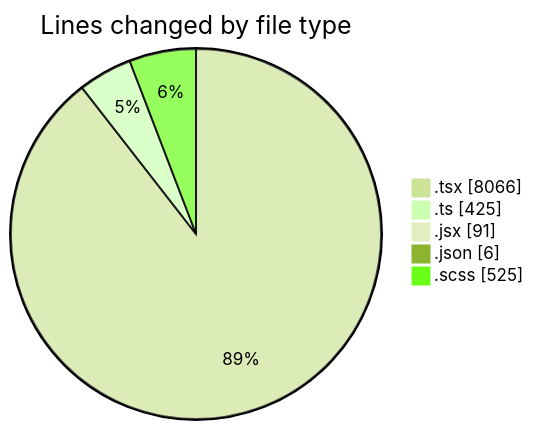
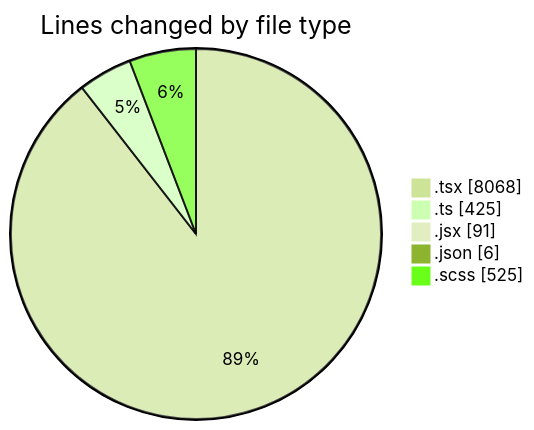
The first of 2 diagrams in 2026-04-27/cda/README.md (momahboobian/code-tracking), drawn with Mermaid (forest theme) before and after one commit. The commit also changed other lines of this file and 1 other file, not shown here.

````diff
--- a/2026-04-27/cda/README.md
+++ b/2026-04-27/cda/README.md
@@ -55,9 +55,9 @@
 ```mermaid
 pie showData
 title Lines changed by file type
-".tsx" : 8066
+".tsx" : 8068
 ".ts" : 425
 ".jsx" : 91
 ".json" : 6
 ".scss" : 525
 ```
````
